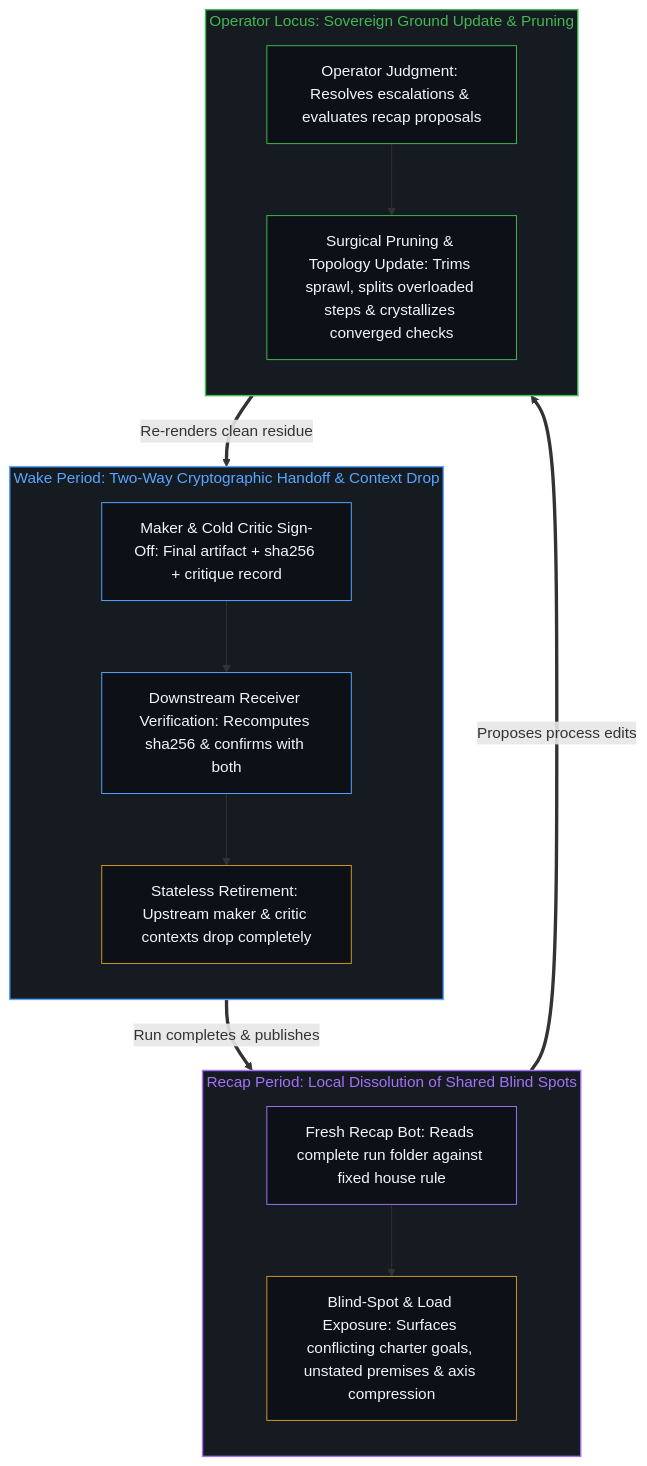
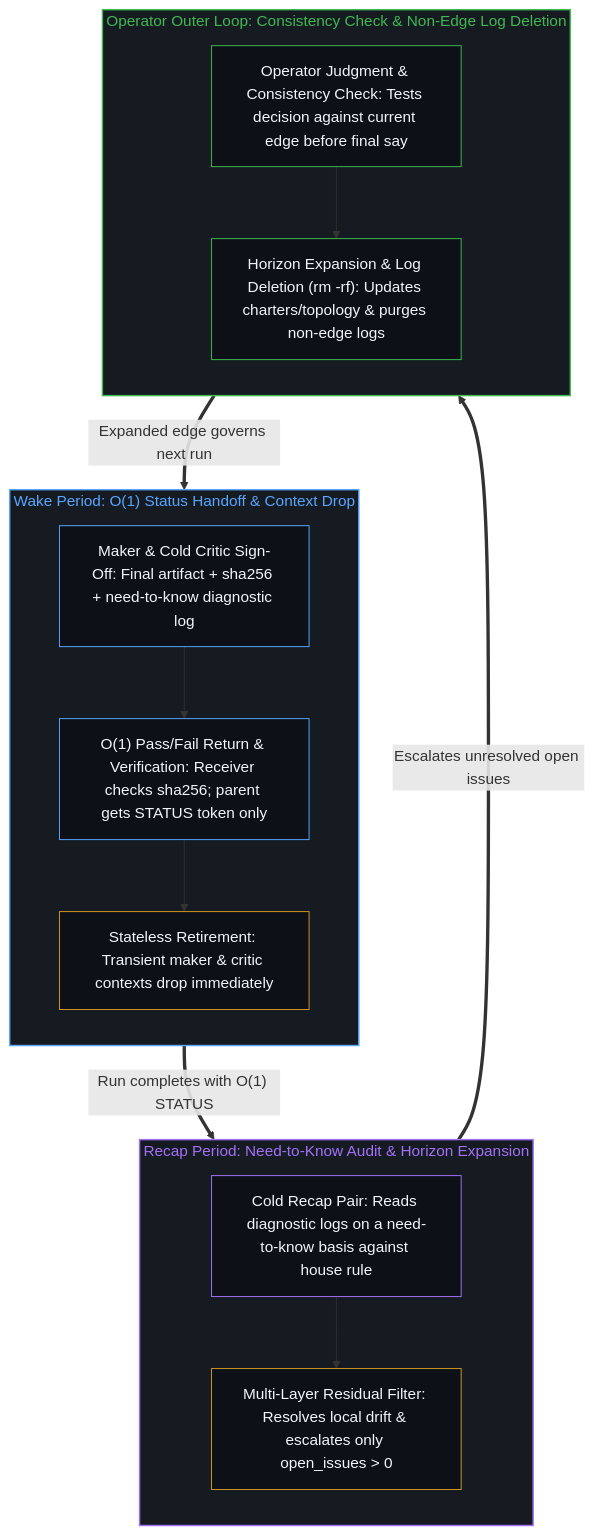
One commit to powerpig99/not-a-toe changed the fourth of 4 diagrams in content/posts/on-demand-contexts-keep-coherence-at-one-step.md. Above: the diagram before and after it, drawn with Mermaid. The commit also changed other lines of this file and 13 other files, not shown here.

Commit message:
Refine O(1) pass/fail returns, multi-layer recap escalation, and post-horizon log deletion

````diff
--- a/content/posts/on-demand-contexts-keep-coherence-at-one-step.md
+++ b/content/posts/on-demand-contexts-keep-coherence-at-one-step.md
@@ -159,35 +159,35 @@
 ```mermaid
 flowchart TD
-    subgraph S_Wake["Wake Period: Two-Way Cryptographic Handoff & Context Drop"]
+    subgraph S_Wake["Wake Period: O(1) Status Handoff & Context Drop"]
         direction TB
-        Sign["Maker & Cold Critic Sign-Off: Final artifact + sha256 + critique record"]
-        Verify["Downstream Receiver Verification: Recomputes sha256 & confirms with both"]
-        Drop["Stateless Retirement: Upstream maker & critic contexts drop completely"]
+        Sign["Maker & Cold Critic Sign-Off: Final artifact + sha256 + need-to-know diagnostic log"]
+        Verify["O(1) Pass/Fail Return & Verification: Receiver checks sha256; parent gets STATUS token only"]
+        Drop["Stateless Retirement: Transient maker & critic contexts drop immediately"]
         Sign --> Verify --> Drop
     end
-    subgraph S_Recap["Recap Period: Local Dissolution of Shared Blind Spots"]
+    subgraph S_Recap["Recap Period: Need-to-Know Audit & Horizon Expansion"]
         direction TB
-        ReadRun["Fresh Recap Bot: Reads complete run folder against fixed house rule"]
-        Expose["Blind-Spot & Load Exposure: Surfaces conflicting charter goals, unstated premises & axis compression"]
+        ReadRun["Cold Recap Pair: Reads diagnostic logs on a need-to-know basis against house rule"]
+        Expose["Multi-Layer Residual Filter: Resolves local drift & escalates only open_issues > 0"]
         ReadRun --> Expose
     end
-    subgraph S_Operator["Operator Locus: Sovereign Ground Update & Pruning"]
+    subgraph S_Operator["Operator Outer Loop: Consistency Check & Non-Edge Log Deletion"]
         direction TB
-        Decide["Operator Judgment: Resolves escalations & evaluates recap proposals"]
-        Prune["Surgical Pruning & Topology Update: Trims sprawl, splits overloaded steps & crystallizes converged checks"]
+        Decide["Operator Judgment & Consistency Check: Tests decision against current edge before final say"]
+        Prune["Horizon Expansion & Log Deletion (rm -rf): Updates charters/topology & purges non-edge logs"]
         Decide --> Prune
     end
-    Drop ==>|"Run completes & publishes"| ReadRun
-    Expose ==>|"Proposes process edits"| Decide
-    Prune ==>|"Re-renders clean residue"| Sign
+    Drop ==>|"Run completes with O(1) STATUS"| ReadRun
+    Expose ==>|"Escalates unresolved open issues"| Decide
+    Prune ==>|"Expanded edge governs next run"| Sign
     style S_Wake fill:#161b22,stroke:#58a6ff,stroke-width:1.5px,color:#58a6ff
     style S_Recap fill:#161b22,stroke:#a371f7,stroke-width:1.5px,color:#a371f7
     style S_Operator fill:#161b22,stroke:#3fb950,stroke-width:1.5px,color:#3fb950
     style Sign fill:#0d1117,stroke:#58a6ff,stroke-width:1px,color:#f0f6fc
     style Verify fill:#0d1117,stroke:#58a6ff,stroke-width:1px,color:#f0f6fc
     style Drop fill:#0d1117,stroke:#d29922,stroke-width:1px,color:#f0f6fc
     style ReadRun fill:#0d1117,stroke:#a371f7,stroke-width:1px,color:#f0f6fc
     style Expose fill:#0d1117,stroke:#d29922,stroke-width:1px,color:#f0f6fc
     style Decide fill:#0d1117,stroke:#3fb950,stroke-width:1px,color:#f0f6fc
     style Prune fill:#0d1117,stroke:#3fb950,stroke-width:1px,color:#f0f6fc
 ```
````
